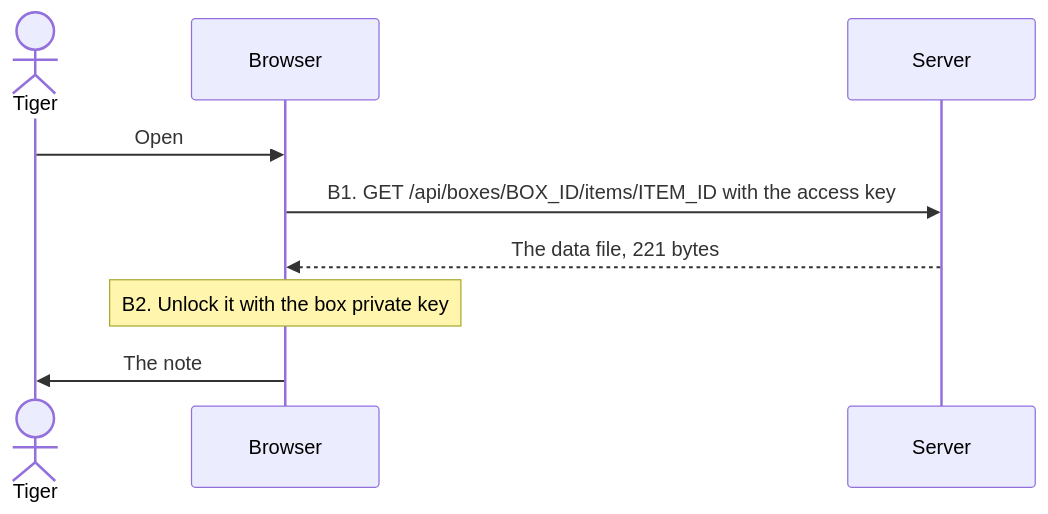
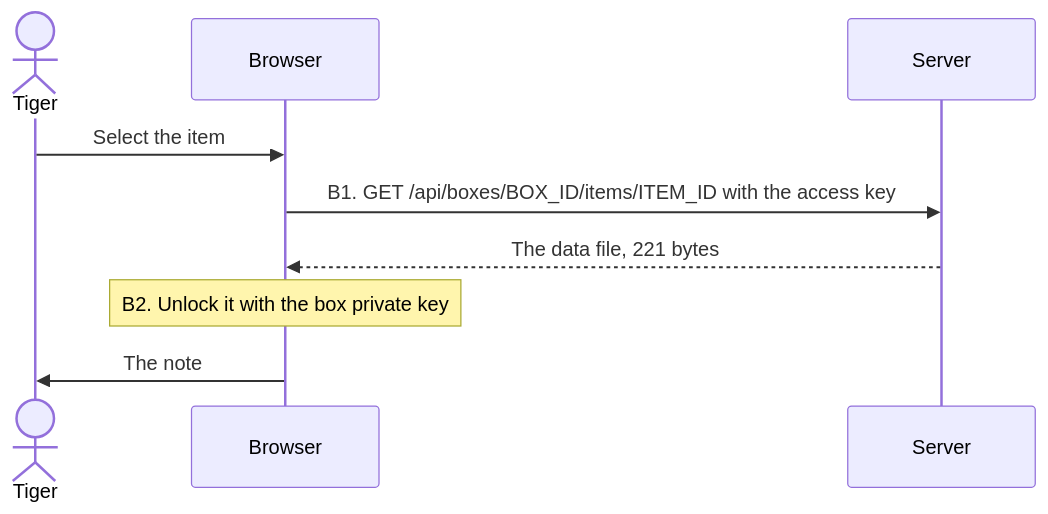
Before and after one commit to intaniger/secretbox: the third of 3 diagrams in docs/03-add-item.md, drawn with Mermaid. The commit also changed other lines of this file and 7 other files, not shown here.

````diff
--- a/docs/03-add-item.md
+++ b/docs/03-add-item.md
@@ -130,11 +132,11 @@
 ```mermaid
 sequenceDiagram
   actor T as Tiger
   participant B as Browser
   participant S as Server
-  T->>B: Open
+  T->>B: Select the item
   B->>S: B1. GET /api/boxes/BOX_ID/items/ITEM_ID with the access key
   S-->>B: The data file, 221 bytes
   Note over B: B2. Unlock it with the box private key
   B->>T: The note
 ```
````
